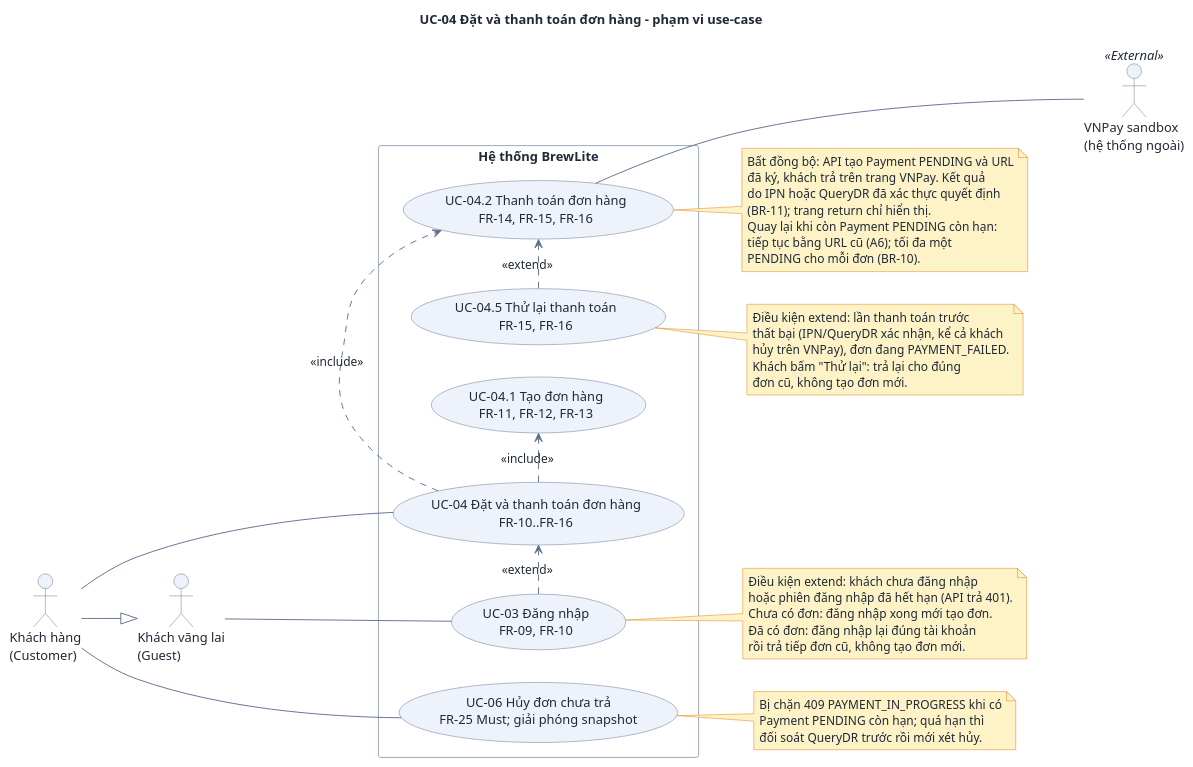
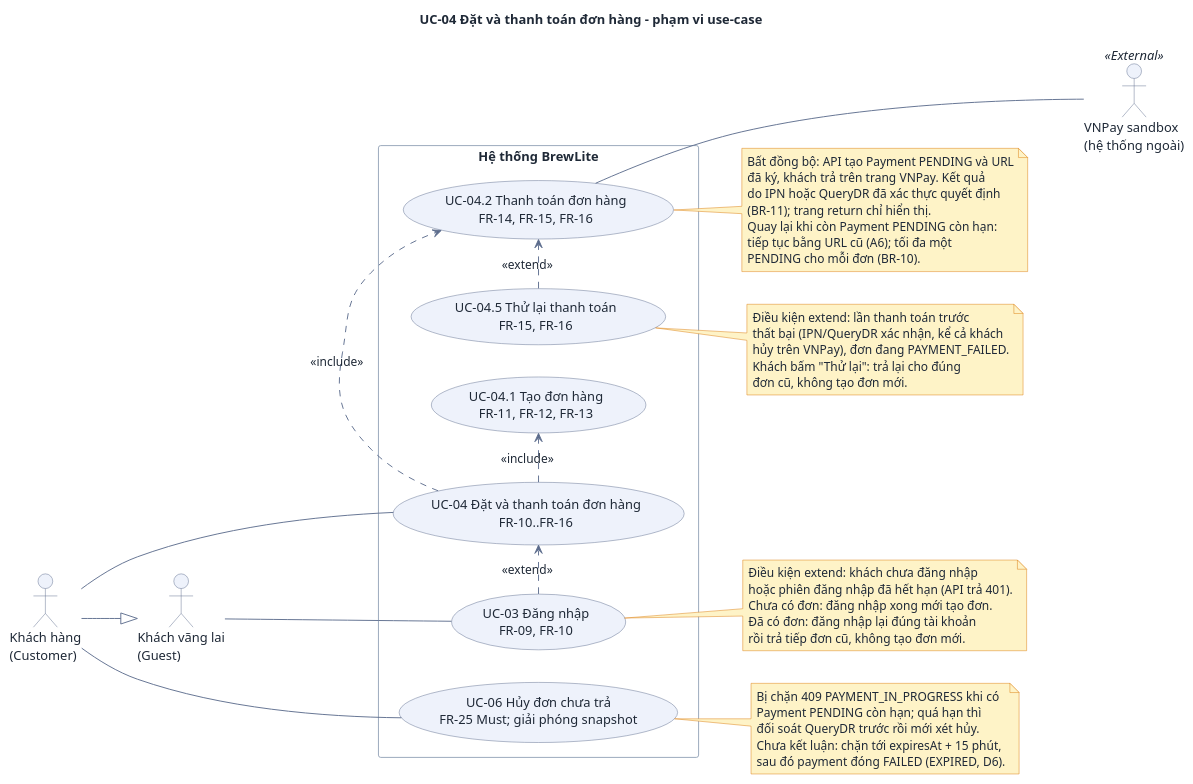
Before and after one commit to DuVinhLoi/BrewLite: the diagram in docs/requirements/uc-checkout.puml, drawn with PlantUML. The commit also changed 6 other files, not shown here.

```diff
--- a/docs/requirements/uc-checkout.puml
+++ b/docs/requirements/uc-checkout.puml
@@ -1,78 +1,80 @@
 @startuml uc-checkout
 ' BrewLite A2 - Use-case diagram cho UC-04 "Dat va thanh toan don hang" (de A2 3.3). Dac ta: docs/requirements/uc-checkout.md
 skinparam DefaultFontColor #1f2937
 skinparam ArrowColor #5b6b8c
 skinparam ArrowFontColor #1f2937
 skinparam RectangleBackgroundColor #ffffff
 skinparam RectangleBorderColor #94a3b8
 skinparam ActorBackgroundColor #eef2fb
 skinparam ActorBorderColor #5b6b8c
 skinparam UsecaseBackgroundColor #eef2fb
 skinparam UsecaseBorderColor #5b6b8c
 skinparam NoteBackgroundColor #fef3c7
 skinparam NoteBorderColor #d97706
 skinparam Shadowing false
 
 left to right direction
 
 title UC-04 Đặt và thanh toán đơn hàng - phạm vi use-case
 
 actor "Khách vãng lai\n(Guest)" as Guest
 actor "Khách hàng\n(Customer)" as Customer
 actor "VNPay sandbox\n(hệ thống ngoài)" as Pay <<External>>
 
 Customer --|> Guest
 
 rectangle "Hệ thống BrewLite" {
   usecase "UC-04 Đặt và thanh toán đơn hàng\nFR-10..FR-16" as UC04
   usecase "UC-04.1 Tạo đơn hàng\nFR-11, FR-12, FR-13" as UC041
   usecase "UC-04.2 Thanh toán đơn hàng\nFR-14, FR-15, FR-16" as UC042
   usecase "UC-04.5 Thử lại thanh toán\nFR-15, FR-16" as UC045
   usecase "UC-06 Hủy đơn chưa trả\nFR-25 Must; giải phóng snapshot" as UC06
   usecase "UC-03 Đăng nhập\nFR-09, FR-10" as UC03
 }
 
 Customer --- UC04
 Customer --- UC06
 Guest --- UC03
 
 UC04 .> UC041 : <<include>>
 UC04 .> UC042 : <<include>>
 UC045 .> UC042 : <<extend>>
 UC03 .> UC04 : <<extend>>
 
 UC042 --- Pay
 
 note right of UC03
   Điều kiện extend: khách chưa đăng nhập
   hoặc phiên đăng nhập đã hết hạn (API trả 401).
   Chưa có đơn: đăng nhập xong mới tạo đơn.
   Đã có đơn: đăng nhập lại đúng tài khoản
   rồi trả tiếp đơn cũ, không tạo đơn mới.
 end note
 
 note right of UC045
   Điều kiện extend: lần thanh toán trước
   thất bại (IPN/QueryDR xác nhận, kể cả khách
   hủy trên VNPay), đơn đang PAYMENT_FAILED.
   Khách bấm "Thử lại": trả lại cho đúng
   đơn cũ, không tạo đơn mới.
 end note
 
 note right of UC042
   Bất đồng bộ: API tạo Payment PENDING và URL
   đã ký, khách trả trên trang VNPay. Kết quả
   do IPN hoặc QueryDR đã xác thực quyết định
   (BR-11); trang return chỉ hiển thị.
   Quay lại khi còn Payment PENDING còn hạn:
   tiếp tục bằng URL cũ (A6); tối đa một
   PENDING cho mỗi đơn (BR-10).
 end note
 
 note right of UC06
   Bị chặn 409 PAYMENT_IN_PROGRESS khi có
   Payment PENDING còn hạn; quá hạn thì
   đối soát QueryDR trước rồi mới xét hủy.
+  Chưa kết luận: chặn tới expiresAt + 15 phút,
+  sau đó payment đóng FAILED (EXPIRED, D6).
 end note
 
 @enduml
```
